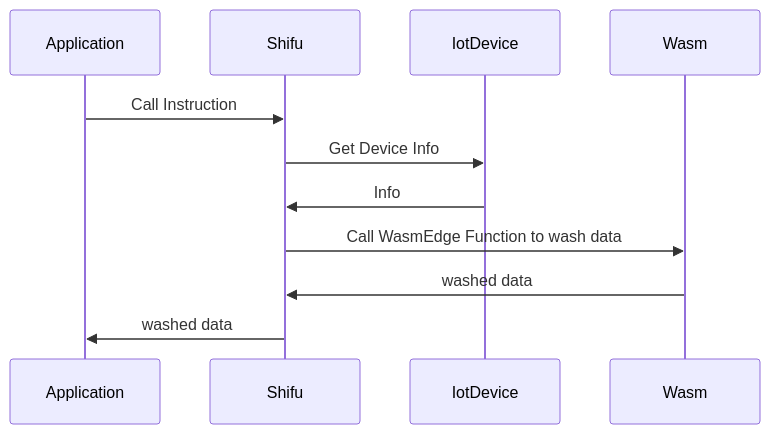
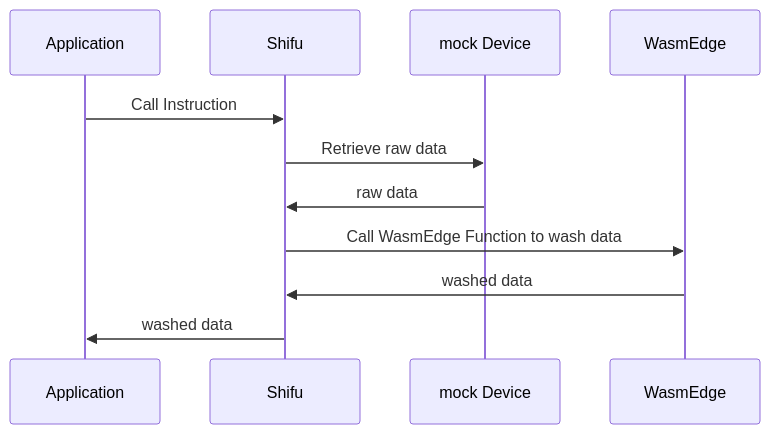
One commit to Edgenesis/wasm-shifu-demo changed the diagram in README.md. Above: the diagram before and after it, drawn with Mermaid. The commit also changed other lines of this file and 2 other files, not shown here.

````diff
--- a/README.md
+++ b/README.md
@@ -18,9 +3,9 @@
 ```mermaid
 sequenceDiagram
 Application ->> Shifu: Call Instruction
-Shifu ->> IotDevice: Get Device Info
-IotDevice ->> Shifu: Info
-Shifu->>Wasm: Call WasmEdge Function to wash data
-Wasm ->> Shifu: washed data
+Shifu ->> mock Device: Retrieve raw data
+mock Device ->> Shifu: raw data
+Shifu->>WasmEdge: Call WasmEdge Function to wash data
+WasmEdge ->> Shifu: washed data
 Shifu ->> Application: washed data
 ```
````
